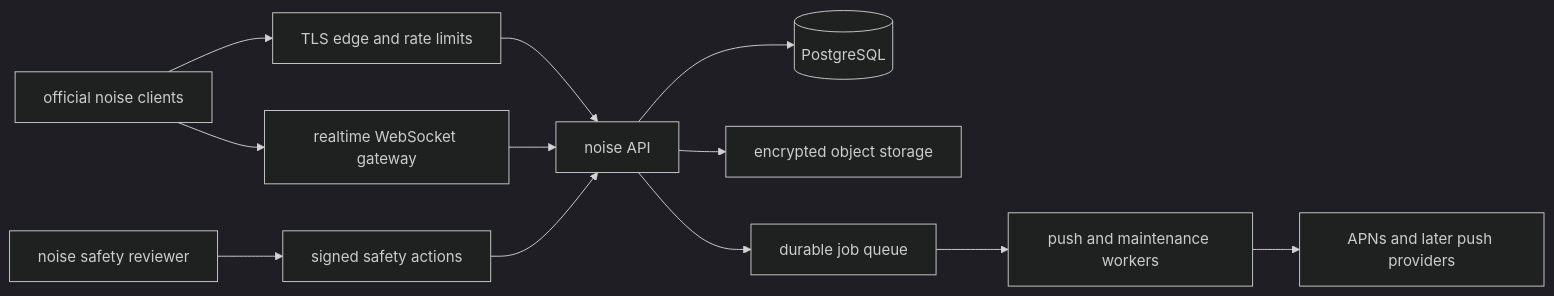
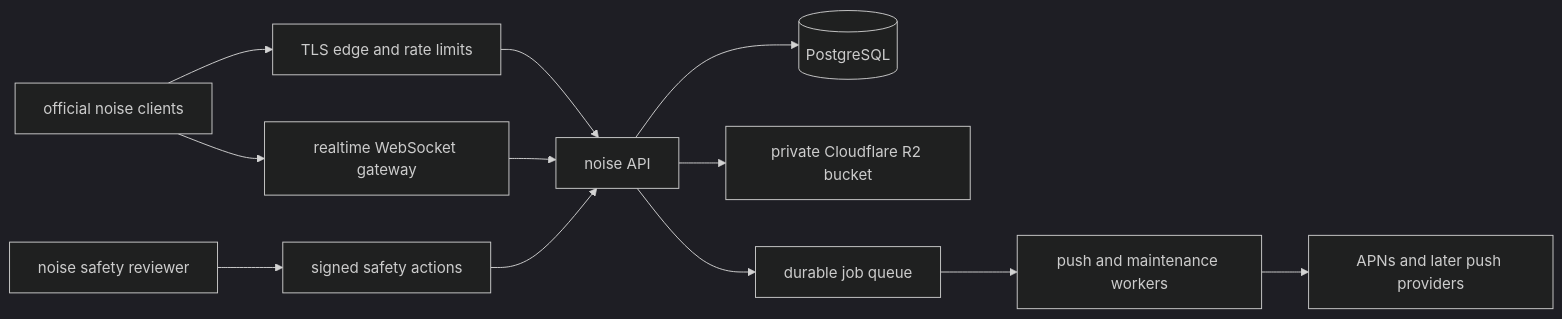
Before and after one commit to GnosysLabs/noise: the diagram in docs/CENTRALIZED-ARCHITECTURE.md, drawn with Mermaid (dark theme). The commit also changed other lines of this file, not shown here.

Commit message:
Select Cloudflare R2 for encrypted media

````diff
--- a/docs/CENTRALIZED-ARCHITECTURE.md
+++ b/docs/CENTRALIZED-ARCHITECTURE.md
@@ -128,14 +129,14 @@
 ```mermaid
 flowchart LR
     C["official noise clients"] --> E["TLS edge and rate limits"]
     E --> A["noise API"]
     C --> R["realtime WebSocket gateway"]
     R --> A
     A --> P[("PostgreSQL")]
-    A --> O["encrypted object storage"]
+    A --> O["private Cloudflare R2 bucket"]
     A --> Q["durable job queue"]
     Q --> W["push and maintenance workers"]
     W --> APNS["APNs and later push providers"]
     S["noise safety reviewer"] --> SA["signed safety actions"]
     SA --> A
 ```
````
